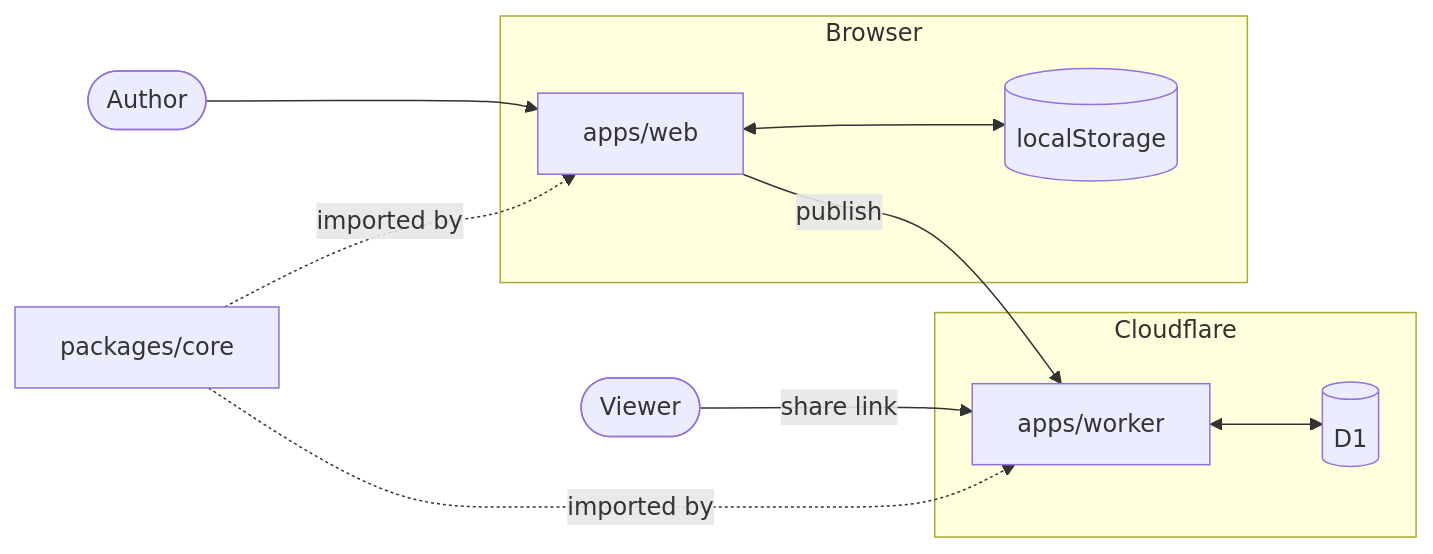
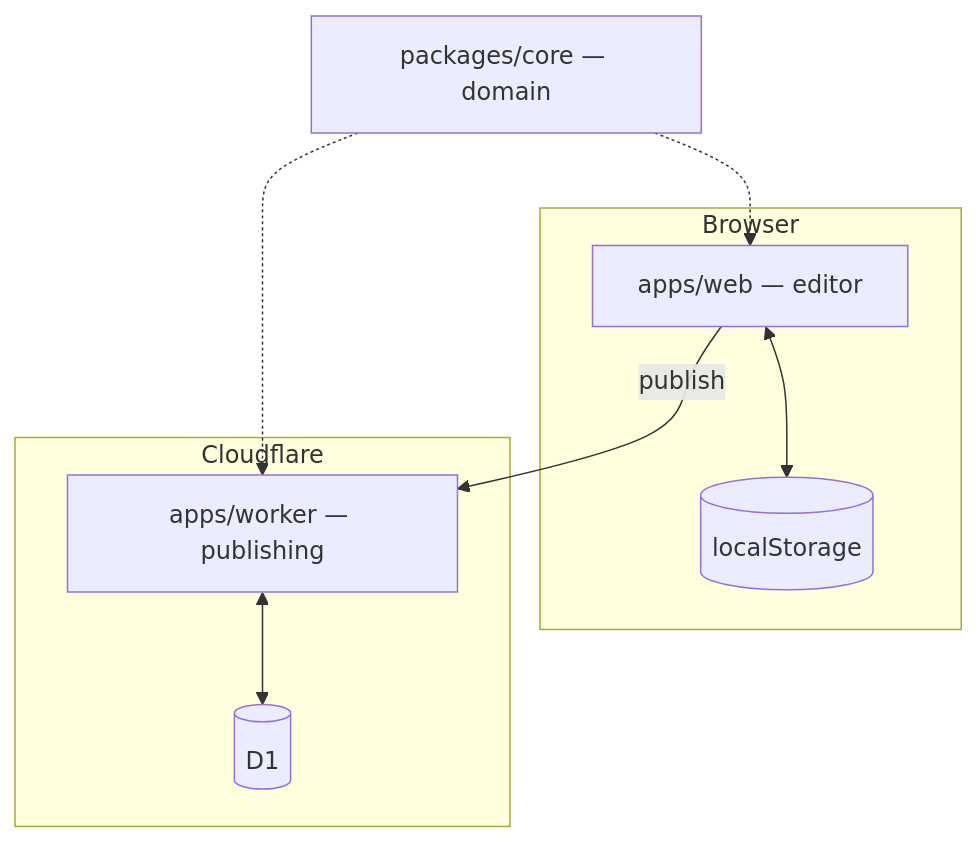
Before and after one commit to LasVegasForTransit/transit-mapper: the second of 5 diagrams in docs/development/explanation/architecture.md, drawn with Mermaid. The commit also changed other lines of this file and 2 other files, not shown here.

````diff
--- a/docs/development/explanation/architecture.md
+++ b/docs/development/explanation/architecture.md
@@ -15,14 +129,17 @@
 ```mermaid
-flowchart LR
-  author([Author]) --> editor
+flowchart TD
   subgraph browser [Browser]
-    editor["apps/web"] <--> local[("localStorage")]
+    web["apps/web — editor"]
+    ls[("localStorage")]
   end
   subgraph edge [Cloudflare]
-    worker["apps/worker"] <--> d1[("D1")]
+    worker["apps/worker — publishing"]
+    d1[("D1")]
   end
-  editor -- publish --> worker
-  viewer([Viewer]) -- share link --> worker
-  core["packages/core"] -.imported by.-> editor
-  core -.imported by.-> worker
+  core["packages/core — domain"]
+  web <--> ls
+  worker <--> d1
+  web -- publish --> worker
+  core -.-> web
+  core -.-> worker
 ```
````
